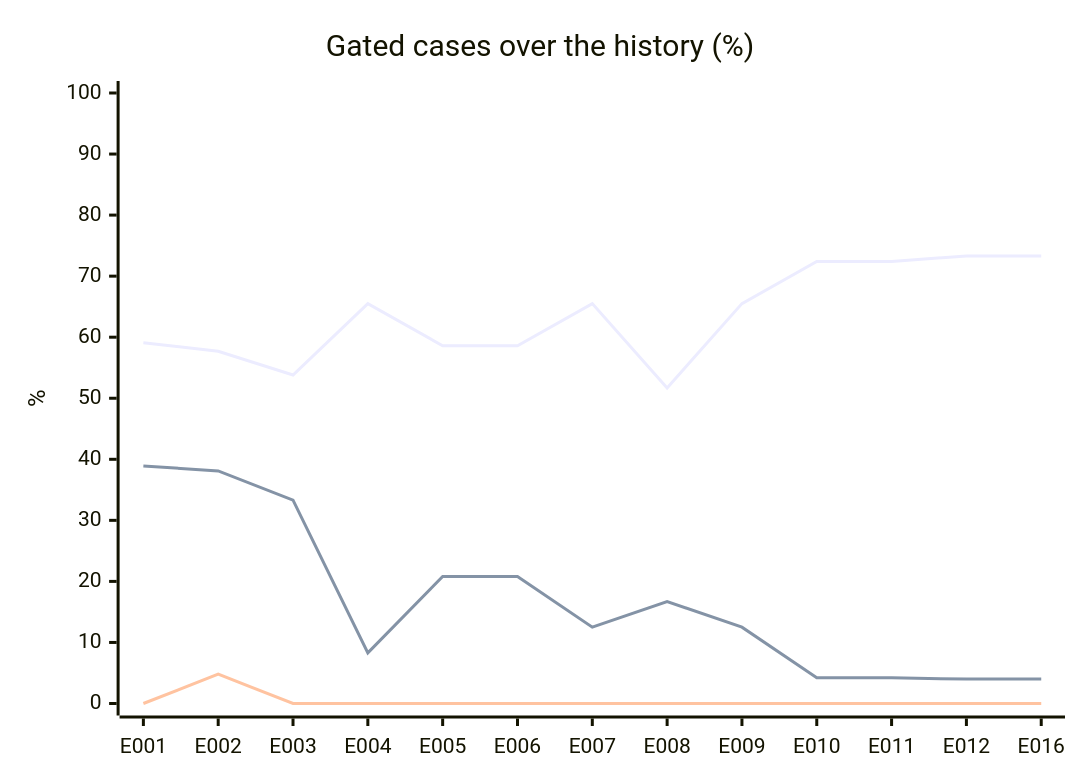
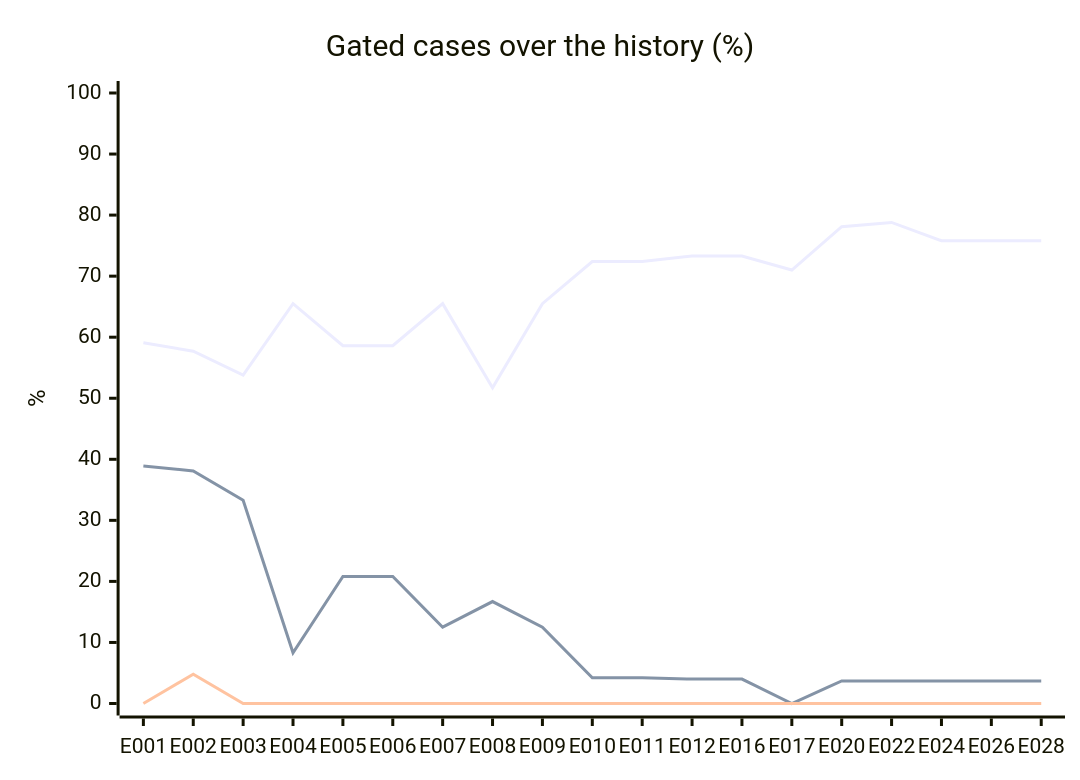
The second of 2 diagrams in evals/report.md (acarbonellb/anti-fraud-agent), drawn with Mermaid before and after one commit. The commit also changed other lines of this file and 198 other files, not shown here.

````diff
--- a/evals/report.md
+++ b/evals/report.md
@@ -134,9 +149,9 @@
 ```mermaid
 xychart-beta
   title "Gated cases over the history (%)"
-  x-axis [E001, E002, E003, E004, E005, E006, E007, E008, E009, E010, E011, E012, E016]
+  x-axis [E001, E002, E003, E004, E005, E006, E007, E008, E009, E010, E011, E012, E016, E017, E020, E022, E024, E026, E028]
   y-axis "%" 0 --> 100
-  line [59.1, 57.7, 53.8, 65.5, 58.6, 58.6, 65.5, 51.7, 65.5, 72.4, 72.4, 73.3, 73.3]
-  line [38.9, 38.1, 33.3, 8.3, 20.8, 20.8, 12.5, 16.7, 12.5, 4.2, 4.2, 4, 4]
-  line [0, 4.8, 0, 0, 0, 0, 0, 0, 0, 0, 0, 0, 0]
+  line [59.1, 57.7, 53.8, 65.5, 58.6, 58.6, 65.5, 51.7, 65.5, 72.4, 72.4, 73.3, 73.3, 71, 78.1, 78.8, 75.8, 75.8, 75.8]
+  line [38.9, 38.1, 33.3, 8.3, 20.8, 20.8, 12.5, 16.7, 12.5, 4.2, 4.2, 4, 4, 0, 3.7, 3.7, 3.7, 3.7, 3.7]
+  line [0, 4.8, 0, 0, 0, 0, 0, 0, 0, 0, 0, 0, 0, 0, 0, 0, 0, 0, 0]
 ```
````
